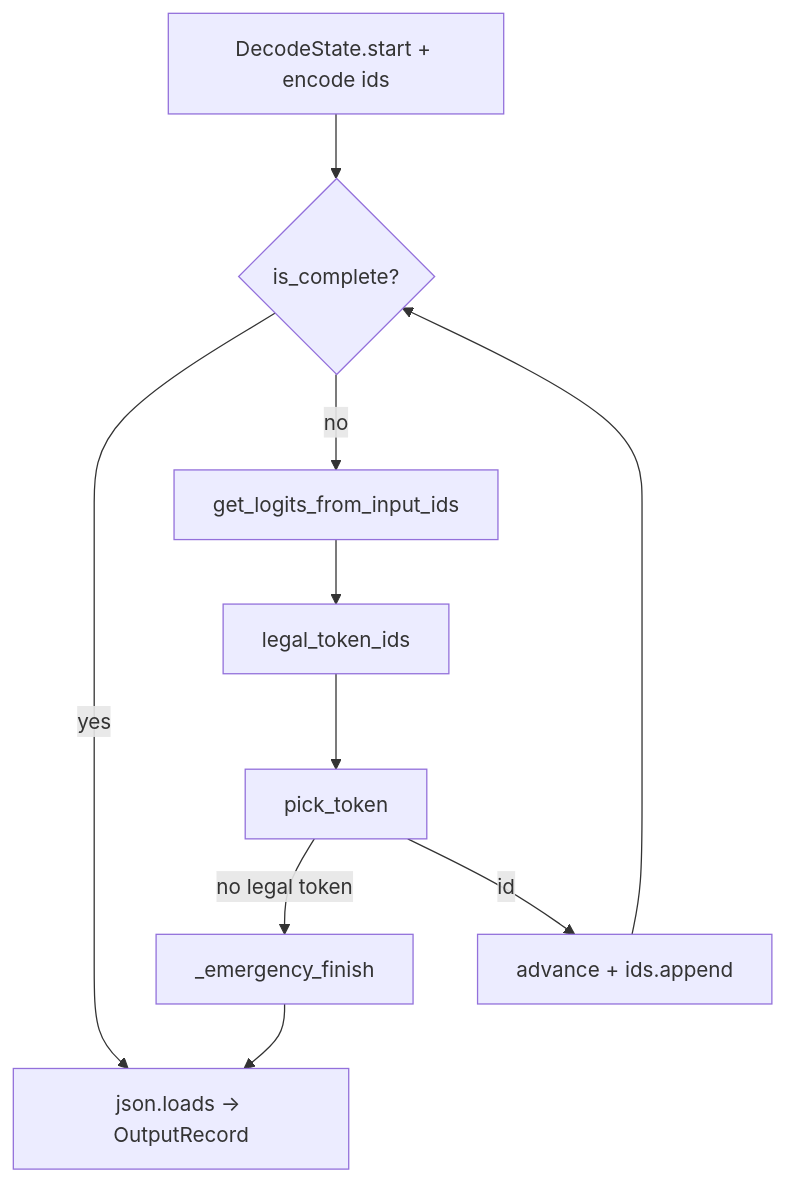
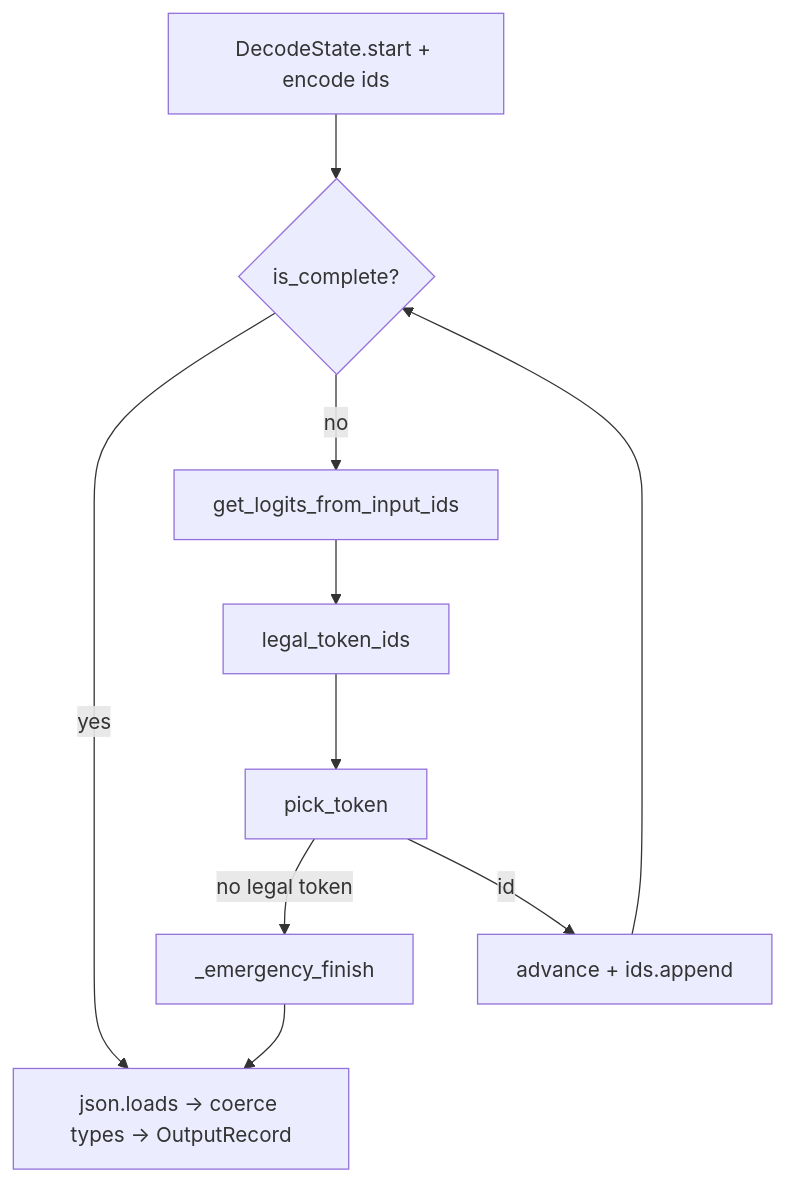
Before and after one commit to fathe4wiin/Call-Me-Maybe: diagram 11 of 16 in project.md, drawn with Mermaid. The commit also changed other lines of this file and 17 other files, not shown here.

````diff
--- a/project.md
+++ b/project.md
@@ -386,12 +393,12 @@
 ```mermaid
 flowchart TD
     S["DecodeState.start + encode ids"] --> Q{"is_complete?"}
-    Q -->|yes| OUT["json.loads → OutputRecord"]
+    Q -->|yes| OUT["json.loads → coerce types → OutputRecord"]
     Q -->|no| L["get_logits_from_input_ids"]
     L --> K["legal_token_ids"]
     K --> P["pick_token"]
     P -->|no legal token| E["_emergency_finish"]
     P -->|id| A["advance + ids.append"]
     A --> Q
     E --> OUT
 ```
````
